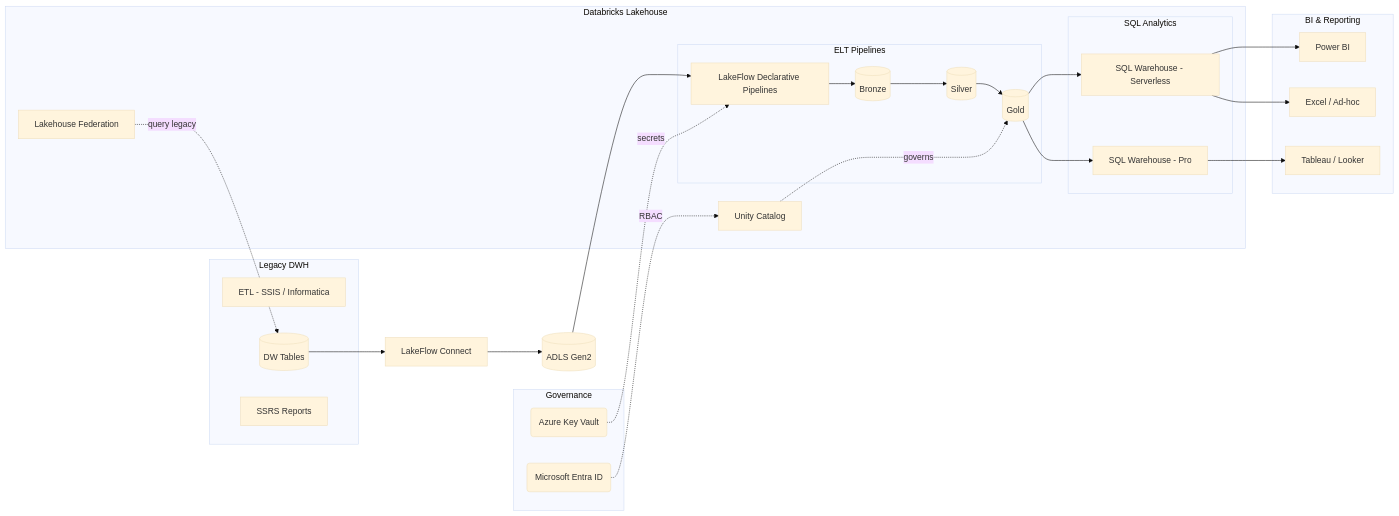
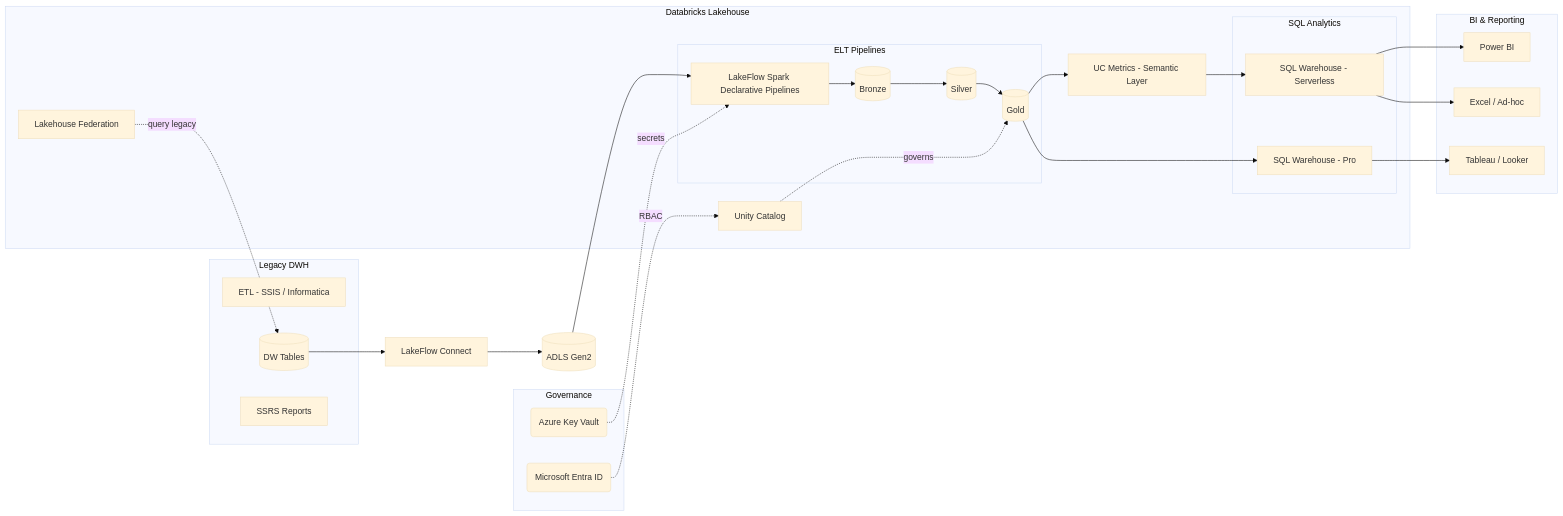
The sixth of 9 diagrams in databricks-ads-session/references/databricks-patterns.md (HaoZhang615/ads-copilot), drawn with Mermaid (base theme) before and after one commit. The commit also changed other lines of this file and 15 other files, not shown here.

````diff
--- a/databricks-ads-session/references/databricks-patterns.md
+++ b/databricks-ads-session/references/databricks-patterns.md
@@ -350,46 +353,48 @@
 ```mermaid
 flowchart LR
   subgraph LEGACY["Legacy DWH"]
     ETL[ETL - SSIS / Informatica]
     DW_TABLES[(DW Tables)]
     SSRS[SSRS Reports]
   end
 
   LFC[LakeFlow Connect]
   ADLS[(ADLS Gen2)]
 
   subgraph DBX["Databricks Lakehouse"]
     subgraph ELT["ELT Pipelines"]
-      LDP[LakeFlow Declarative Pipelines]
+      LDP[LakeFlow Spark Declarative Pipelines]
       BRONZE[(Bronze)]
       SILVER[(Silver)]
       GOLD[(Gold)]
     end
     UC[Unity Catalog]
     FEDERATION[Lakehouse Federation]
+    METRICS[UC Metrics - Semantic Layer]
     subgraph SQLA["SQL Analytics"]
       SQLWH[SQL Warehouse - Serverless]
       SQLWH_PRO[SQL Warehouse - Pro]
     end
   end
 
   subgraph GOV["Governance"]
     KV(Azure Key Vault)
     ENTRA(Microsoft Entra ID)
   end
 
   subgraph BI["BI & Reporting"]
     PBI[Power BI]
     EXCEL[Excel / Ad-hoc]
     TABLEAU[Tableau / Looker]
   end
 
   DW_TABLES --> LFC --> ADLS --> LDP
   LDP --> BRONZE --> SILVER --> GOLD
   UC -.->|governs| GOLD
   FEDERATION -.->|query legacy| DW_TABLES
-  GOLD --> SQLWH --> PBI & EXCEL
+  GOLD --> METRICS
+  METRICS --> SQLWH --> PBI & EXCEL
   GOLD --> SQLWH_PRO --> TABLEAU
   KV -.->|secrets| LDP
   ENTRA -.->|RBAC| UC
 ```
````
